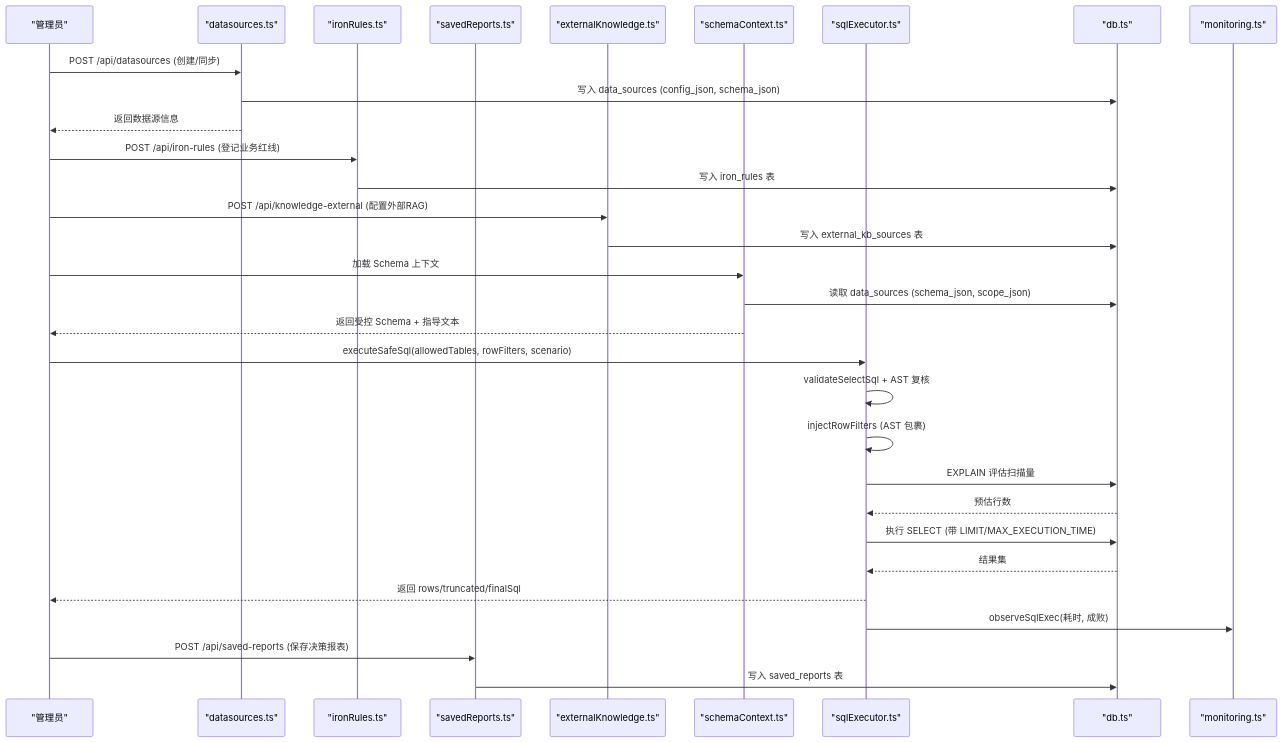
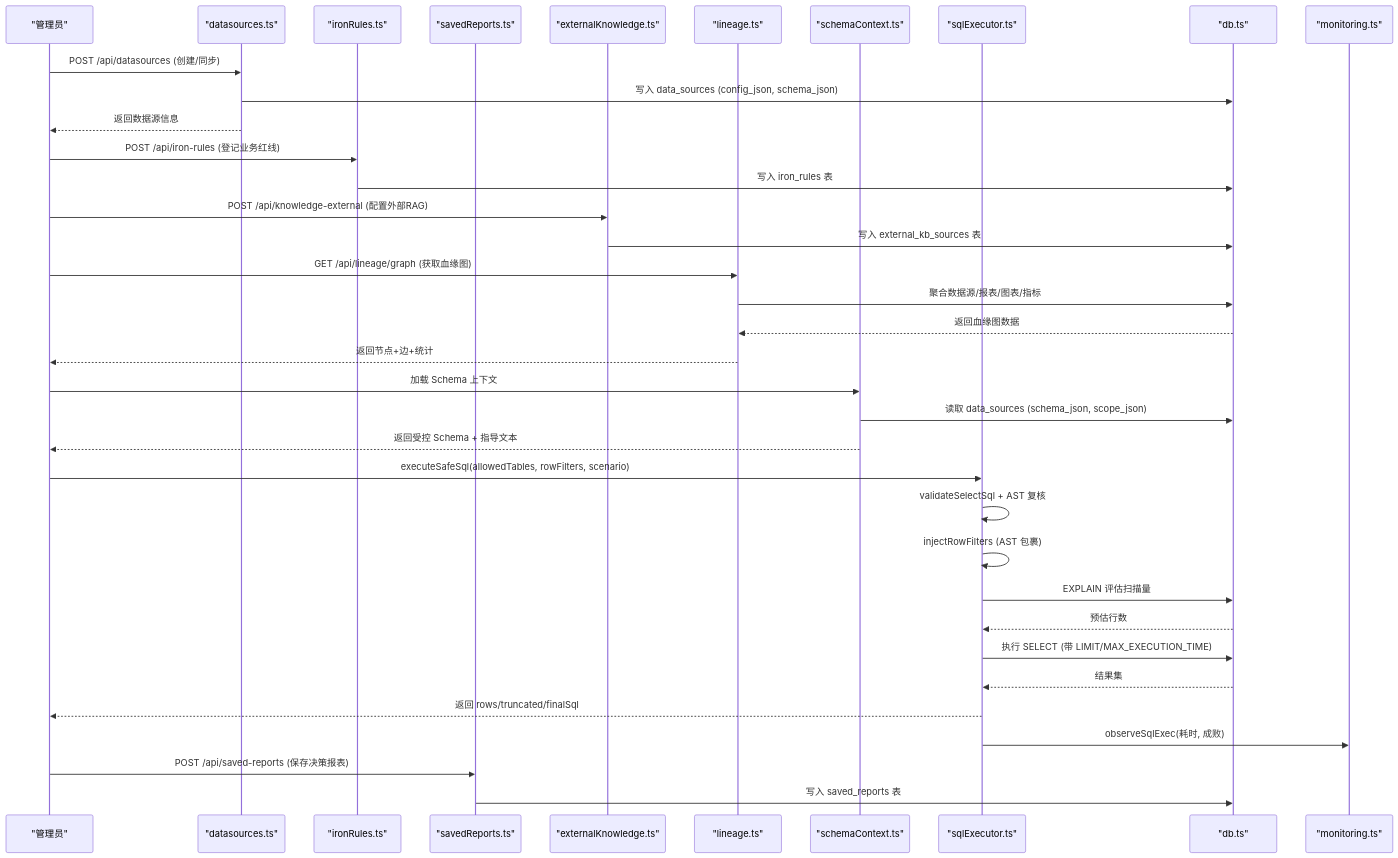
The second of 7 diagrams in .qoder/repowiki/zh/content/数据源管理/数据源管理.md (dgjin/smart-data-analytics), drawn with Mermaid before and after one commit. The commit also changed other lines of this file and 146 other files, not shown here.

````diff
--- a/.qoder/repowiki/zh/content/数据源管理/数据源管理.md
+++ b/.qoder/repowiki/zh/content/数据源管理/数据源管理.md
@@ -116,33 +130,38 @@
 ```mermaid
 sequenceDiagram
 participant Admin as "管理员"
 participant DS as "datasources.ts"
 participant IR as "ironRules.ts"
 participant SR as "savedReports.ts"
 participant EK as "externalKnowledge.ts"
+participant LL as "lineage.ts"
 participant SC as "schemaContext.ts"
 participant SE as "sqlExecutor.ts"
 participant DB as "db.ts"
 participant MON as "monitoring.ts"
 Admin->>DS : POST /api/datasources (创建/同步)
 DS->>DB : 写入 data_sources (config_json, schema_json)
 DS-->>Admin : 返回数据源信息
 Admin->>IR : POST /api/iron-rules (登记业务红线)
 IR->>DB : 写入 iron_rules 表
 Admin->>EK : POST /api/knowledge-external (配置外部RAG)
 EK->>DB : 写入 external_kb_sources 表
+Admin->>LL : GET /api/lineage/graph (获取血缘图)
+LL->>DB : 聚合数据源/报表/图表/指标
+DB-->>LL : 返回血缘图数据
+LL-->>Admin : 返回节点+边+统计
 Admin->>SC : 加载 Schema 上下文
 SC->>DB : 读取 data_sources (schema_json, scope_json)
 SC-->>Admin : 返回受控 Schema + 指导文本
 Admin->>SE : executeSafeSql(allowedTables, rowFilters, scenario)
 SE->>SE : validateSelectSql + AST 复核
 SE->>SE : injectRowFilters (AST 包裹)
 SE->>DB : EXPLAIN 评估扫描量
 DB-->>SE : 预估行数
 SE->>DB : 执行 SELECT (带 LIMIT/MAX_EXECUTION_TIME)
 DB-->>SE : 结果集
 SE-->>Admin : 返回 rows/truncated/finalSql
 SE->>MON : observeSqlExec(耗时, 成败)
 Admin->>SR : POST /api/saved-reports (保存决策报表)
 SR->>DB : 写入 saved_reports 表
 ```
````
